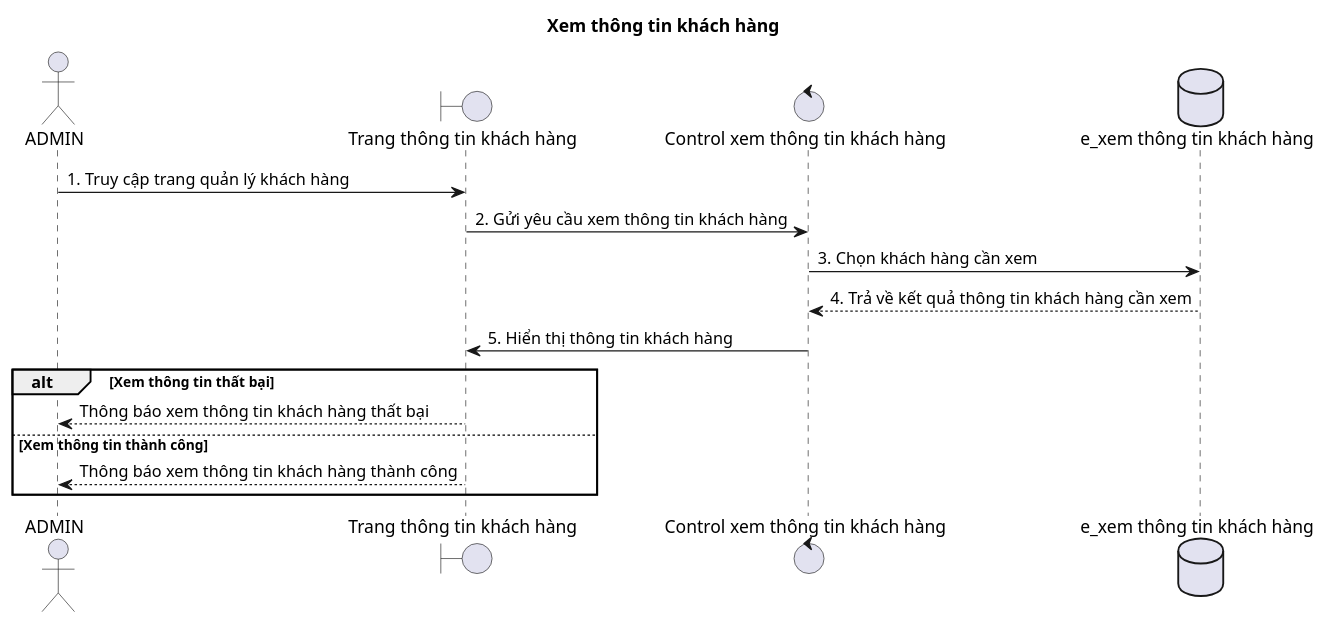
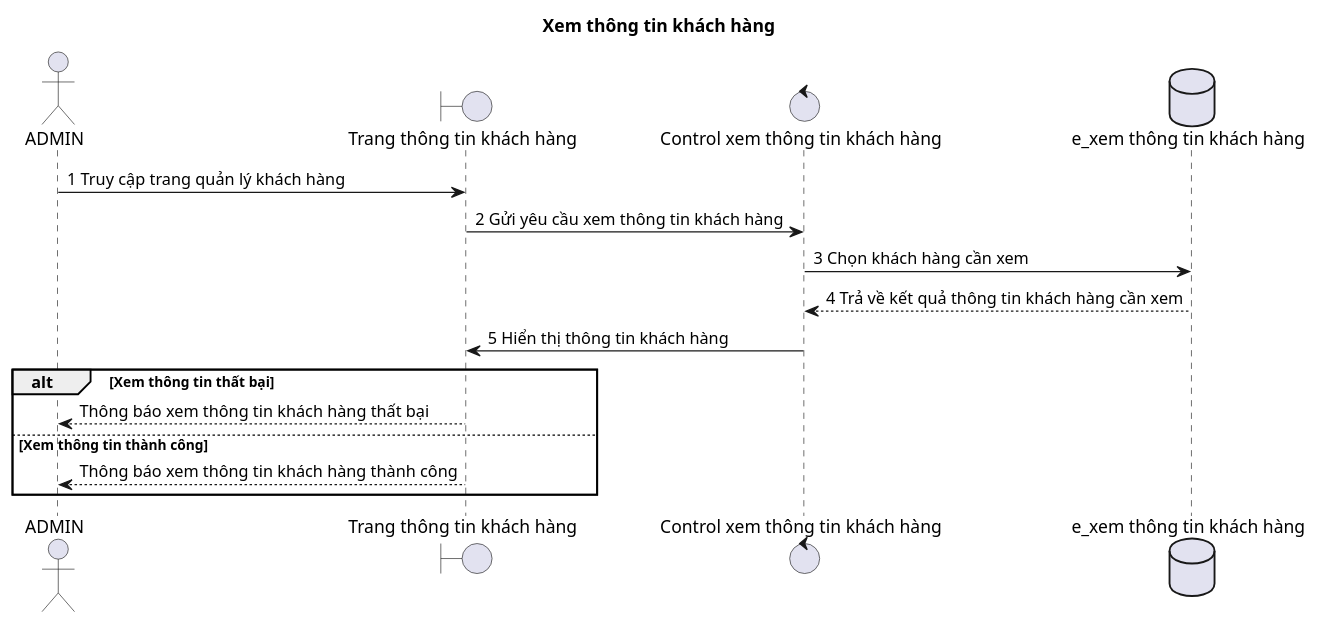
One commit to duygri/do-an-htttdn-crm changed the diagram in docs/diagrams/sequence/preview/02-view-customer-information.puml. Above: the diagram before and after it, drawn with PlantUML.

```diff
--- a/docs/diagrams/sequence/preview/02-view-customer-information.puml
+++ b/docs/diagrams/sequence/preview/02-view-customer-information.puml
@@ -1,20 +1,20 @@
 @startuml
 title Xem thông tin khách hàng
 
 actor ADMIN as Admin
 boundary "Trang thông tin khách hàng" as Boundary
 control "Control xem thông tin khách hàng" as Control
 database "e_xem thông tin khách hàng" as Entity
 
-Admin -> Boundary: 1. Truy cập trang quản lý khách hàng
-Boundary -> Control: 2. Gửi yêu cầu xem thông tin khách hàng
-Control -> Entity: 3. Chọn khách hàng cần xem
-Entity --> Control: 4. Trả về kết quả thông tin khách hàng cần xem
-Control -> Boundary: 5. Hiển thị thông tin khách hàng
+Admin -> Boundary: 1 Truy cập trang quản lý khách hàng
+Boundary -> Control: 2 Gửi yêu cầu xem thông tin khách hàng
+Control -> Entity: 3 Chọn khách hàng cần xem
+Entity --> Control: 4 Trả về kết quả thông tin khách hàng cần xem
+Control -> Boundary: 5 Hiển thị thông tin khách hàng
 
 alt Xem thông tin thất bại
   Boundary --> Admin: Thông báo xem thông tin khách hàng thất bại
 else Xem thông tin thành công
   Boundary --> Admin: Thông báo xem thông tin khách hàng thành công
 end
 @enduml
```
